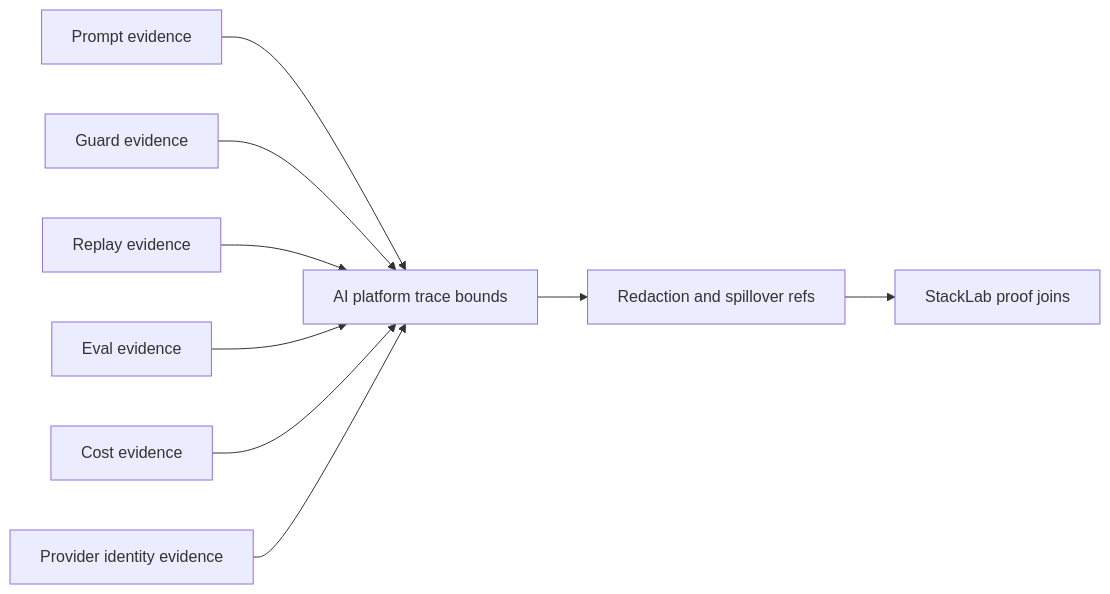
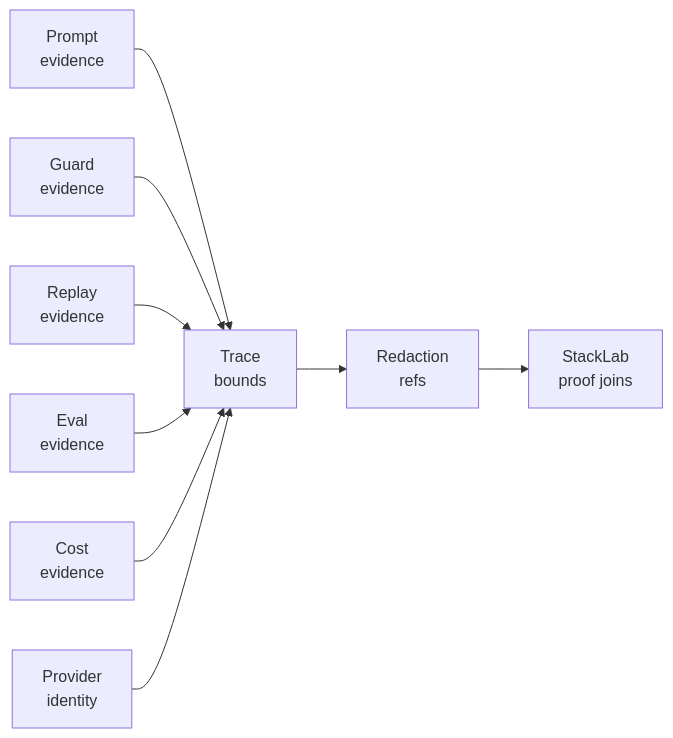
Before and after one commit to nshkrdotcom/AITrace: the second of 2 diagrams in README.md, drawn with Mermaid. The commit also changed other lines of this file, not shown here.

Commit message:
docs: wrap README Mermaid labels

````diff
--- a/README.md
+++ b/README.md
@@ -79,11 +79,11 @@
 ```mermaid
 flowchart LR
-  Prompt["Prompt evidence"] --> Bounds["AI platform trace bounds"]
-  Guard["Guard evidence"] --> Bounds
-  Replay["Replay evidence"] --> Bounds
-  Eval["Eval evidence"] --> Bounds
-  Cost["Cost evidence"] --> Bounds
-  Provider["Provider identity evidence"] --> Bounds
-  Bounds --> Redaction["Redaction and spillover refs"]
-  Redaction --> StackProof["StackLab proof joins"]
+  Prompt["Prompt<br/>evidence"] --> Bounds["Trace<br/>bounds"]
+  Guard["Guard<br/>evidence"] --> Bounds
+  Replay["Replay<br/>evidence"] --> Bounds
+  Eval["Eval<br/>evidence"] --> Bounds
+  Cost["Cost<br/>evidence"] --> Bounds
+  Provider["Provider<br/>identity"] --> Bounds
+  Bounds --> Redaction["Redaction<br/>refs"]
+  Redaction --> StackProof["StackLab<br/>proof joins"]
 ```
````
